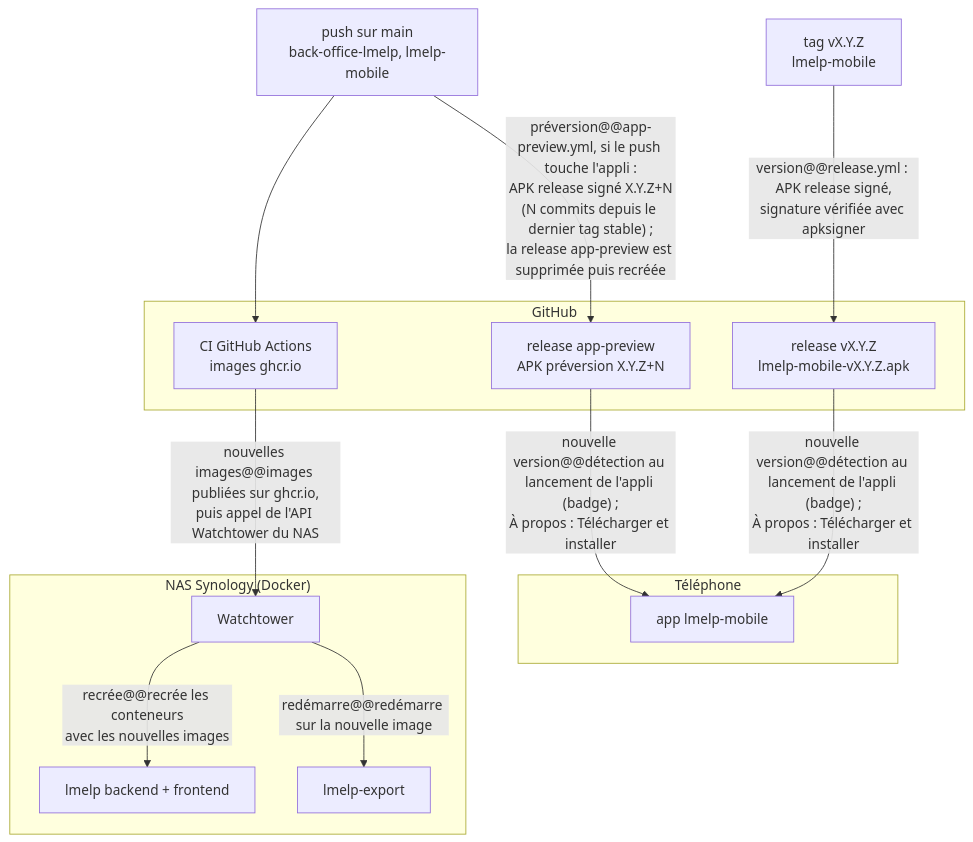
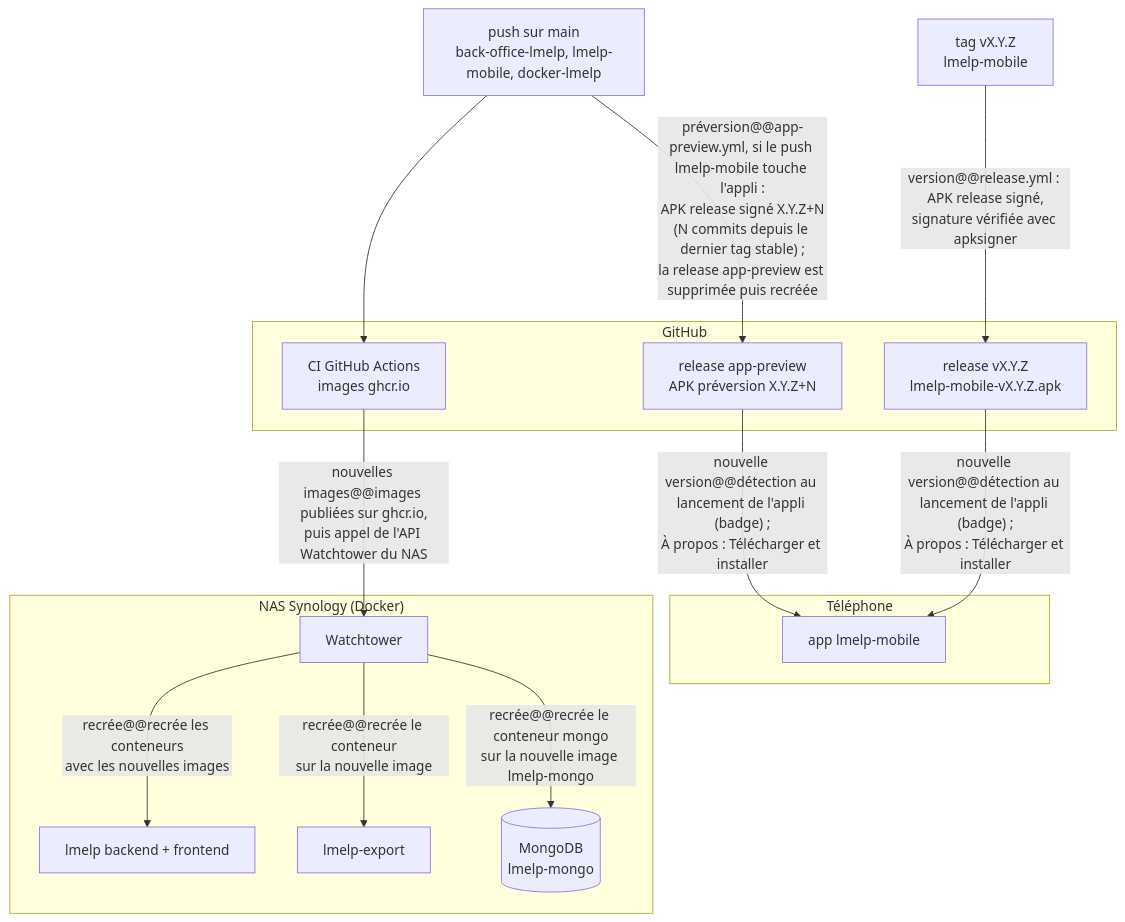
The second of 2 diagrams in docs/ecosysteme.md (castorfou/lmelp-mobile), drawn with Mermaid before and after one commit. The commit also changed other lines of this file, not shown here.

First line of the commit message:
Doc écosystème : image lmelp-mongo dans la mise à jour du code #182 (#183)

````diff
--- a/docs/ecosysteme.md
+++ b/docs/ecosysteme.md
@@ -69,30 +69,32 @@
 ```mermaid
 flowchart TB
-    PUSH["push sur main<br/>back-office-lmelp, lmelp-mobile"]
+    PUSH["push sur main<br/>back-office-lmelp, lmelp-mobile, docker-lmelp"]
     TAG["tag vX.Y.Z<br/>lmelp-mobile"]
 
     subgraph GH["GitHub"]
         CI["CI GitHub Actions<br/>images ghcr.io"]
         PREV["release app-preview<br/>APK préversion X.Y.Z+N"]
         APK["release vX.Y.Z<br/>lmelp-mobile-vX.Y.Z.apk"]
     end
 
     subgraph NAS["NAS Synology (Docker)"]
         WT["Watchtower"]
         BACK["lmelp backend + frontend"]
         EXPORT["lmelp-export"]
+        MONGO[("MongoDB<br/>lmelp-mongo")]
     end
 
     subgraph PHONE["Téléphone"]
         MOB["app lmelp-mobile"]
     end
 
     PUSH --> CI
-    PUSH -->|"préversion@@app-preview.yml, si le push touche l'appli :<br/>APK release signé X.Y.Z+N<br/>(N commits depuis le dernier tag stable) ;<br/>la release app-preview est supprimée puis recréée"| PREV
+    PUSH -->|"préversion@@app-preview.yml, si le push lmelp-mobile touche l'appli :<br/>APK release signé X.Y.Z+N<br/>(N commits depuis le dernier tag stable) ;<br/>la release app-preview est supprimée puis recréée"| PREV
     TAG -->|"version@@release.yml : APK release signé,<br/>signature vérifiée avec apksigner"| APK
     CI -->|"nouvelles images@@images publiées sur ghcr.io,<br/>puis appel de l'API Watchtower du NAS"| WT
     WT -->|"recrée@@recrée les conteneurs<br/>avec les nouvelles images"| BACK
-    WT -->|"redémarre@@redémarre sur la nouvelle image"| EXPORT
+    WT -->|"recrée@@recrée le conteneur<br/>sur la nouvelle image"| EXPORT
+    WT -->|"recrée@@recrée le conteneur mongo<br/>sur la nouvelle image lmelp-mongo"| MONGO
     PREV -->|"nouvelle version@@détection au lancement de l'appli (badge) ;<br/>À propos : Télécharger et installer"| MOB
     APK -->|"nouvelle version@@détection au lancement de l'appli (badge) ;<br/>À propos : Télécharger et installer"| MOB
 ```
````
